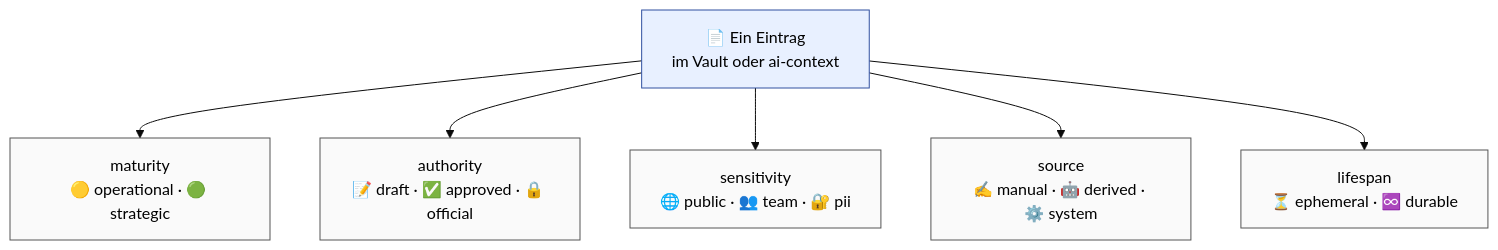
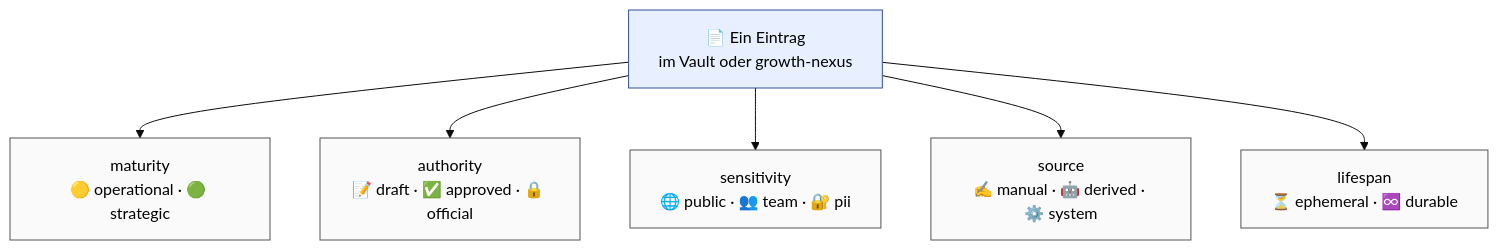
The second of 4 diagrams in docs/knowledge-setup/meeting-agenda-sophie-luca.md (Ryzon-Performance-Sports-Apparel/mcp-hub), drawn with Mermaid (base theme) before and after one commit. The commit also changed other lines of this file and 18 other files, not shown here.

````diff
--- a/docs/knowledge-setup/meeting-agenda-sophie-luca.md
+++ b/docs/knowledge-setup/meeting-agenda-sophie-luca.md
@@ -46,15 +46,15 @@
 ```mermaid
 flowchart TB
-    E["📄 Ein Eintrag<br/>im Vault oder ai-context"]
+    E["📄 Ein Eintrag<br/>im Vault oder growth-nexus"]
     E --> M["maturity<br/>🟡 operational · 🟢 strategic"]
     E --> A["authority<br/>📝 draft · ✅ approved · 🔒 official"]
     E --> S["sensitivity<br/>🌐 public · 👥 team · 🔐 pii"]
     E --> SR["source<br/>✍️ manual · 🤖 derived · ⚙️ system"]
     E --> L["lifespan<br/>⏳ ephemeral · ♾️ durable"]
 
     classDef entry fill:#e8f0ff,stroke:#3050a0,color:#000
     classDef dim fill:#fafafa,stroke:#555,color:#000
 
     class E entry
     class M,A,S,SR,L dim
 ```
````
